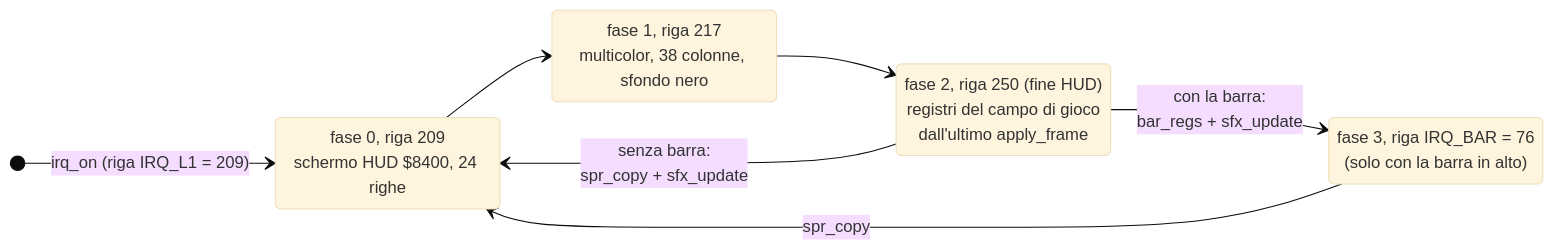
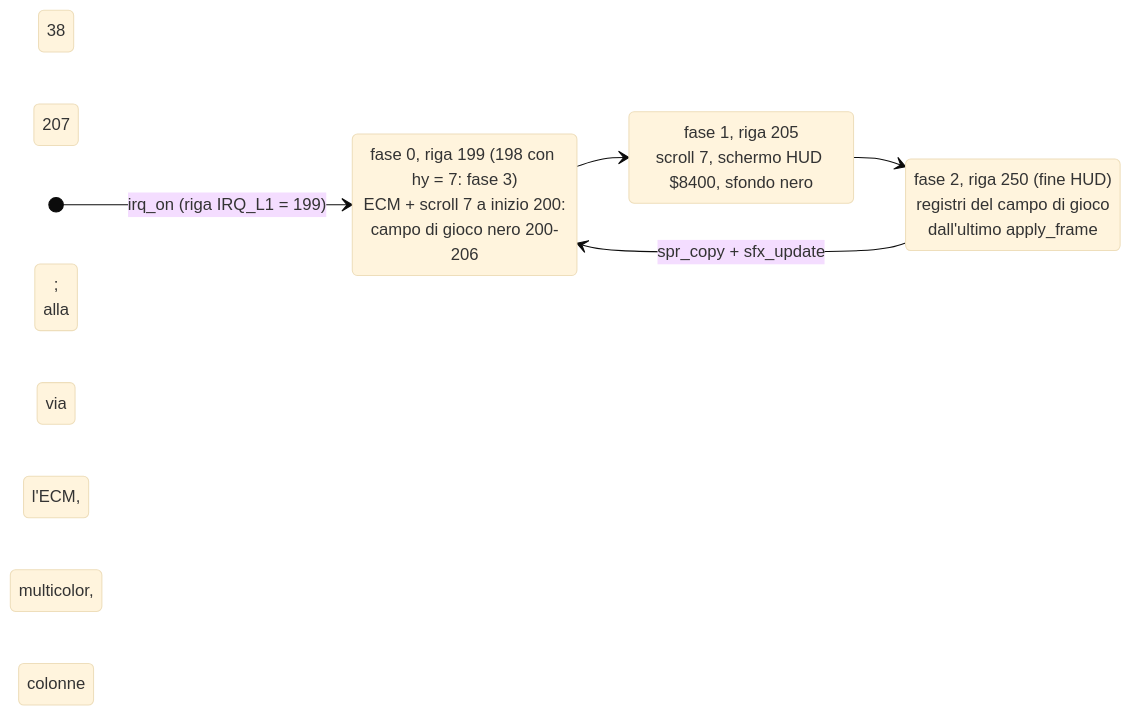
The fourth of 18 diagrams in docs/wiki/flussi.md (caporalesimone/barbarian-the-blood-path), drawn with Mermaid (base theme) before and after one commit. The commit also changed other lines of this file and 13 other files, not shown here.

````diff
--- a/docs/wiki/flussi.md
+++ b/docs/wiki/flussi.md
@@ -114,14 +114,11 @@
 ```mermaid
 stateDiagram-v2
     direction LR
-    [*] --> P0: irq_on (riga IRQ_L1 = 209)
-    P0: fase 0, riga 209<br/>schermo HUD $8400, 24 righe
-    P1: fase 1, riga 217<br/>multicolor, 38 colonne, sfondo nero
+    [*] --> P0: irq_on (riga IRQ_L1 = 199)
+    P0: fase 0, riga 199 (198 con hy = 7: fase 3)<br/>ECM + scroll 7 a inizio 200:<br/>campo di gioco nero 200-206
+    P1: fase 1, riga 205<br/>scroll 7, schermo HUD $8400, sfondo nero;<br/>alla 207 via l'ECM, multicolor, 38 colonne
     P2: fase 2, riga 250 (fine HUD)<br/>registri del campo di gioco<br/>dall'ultimo apply_frame
-    P3: fase 3, riga IRQ_BAR = 76<br/>(solo con la barra in alto)
     P0 --> P1
     P1 --> P2
-    P2 --> P0: senza barra:<br/>spr_copy + sfx_update
-    P2 --> P3: con la barra:<br/>bar_regs + sfx_update
-    P3 --> P0: spr_copy
+    P2 --> P0: spr_copy + sfx_update
 ```
````
